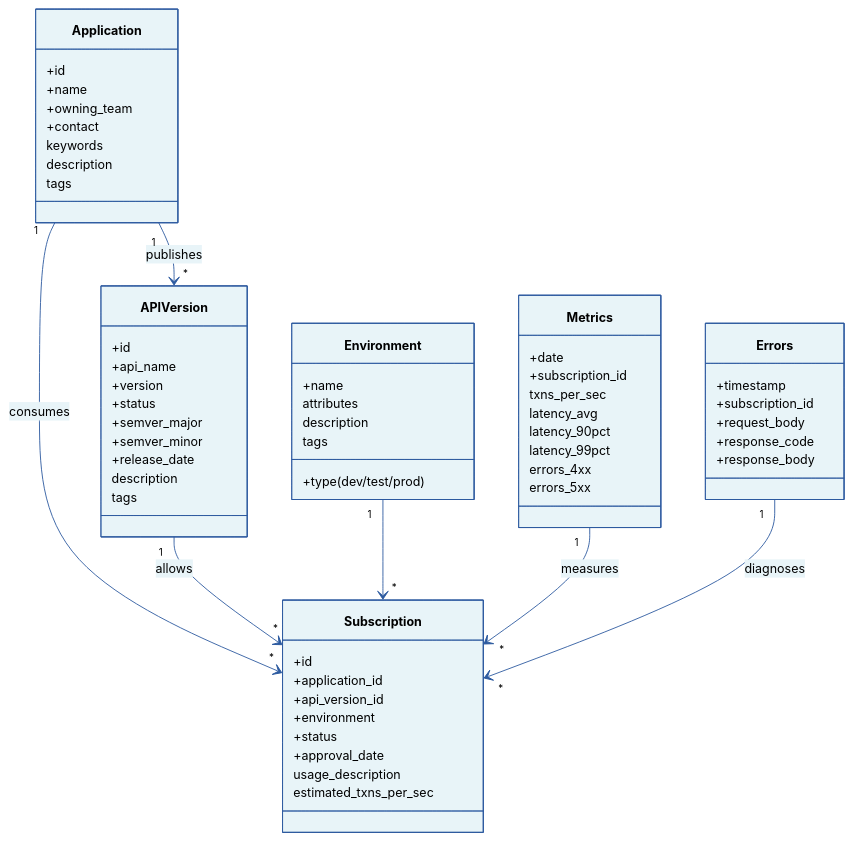
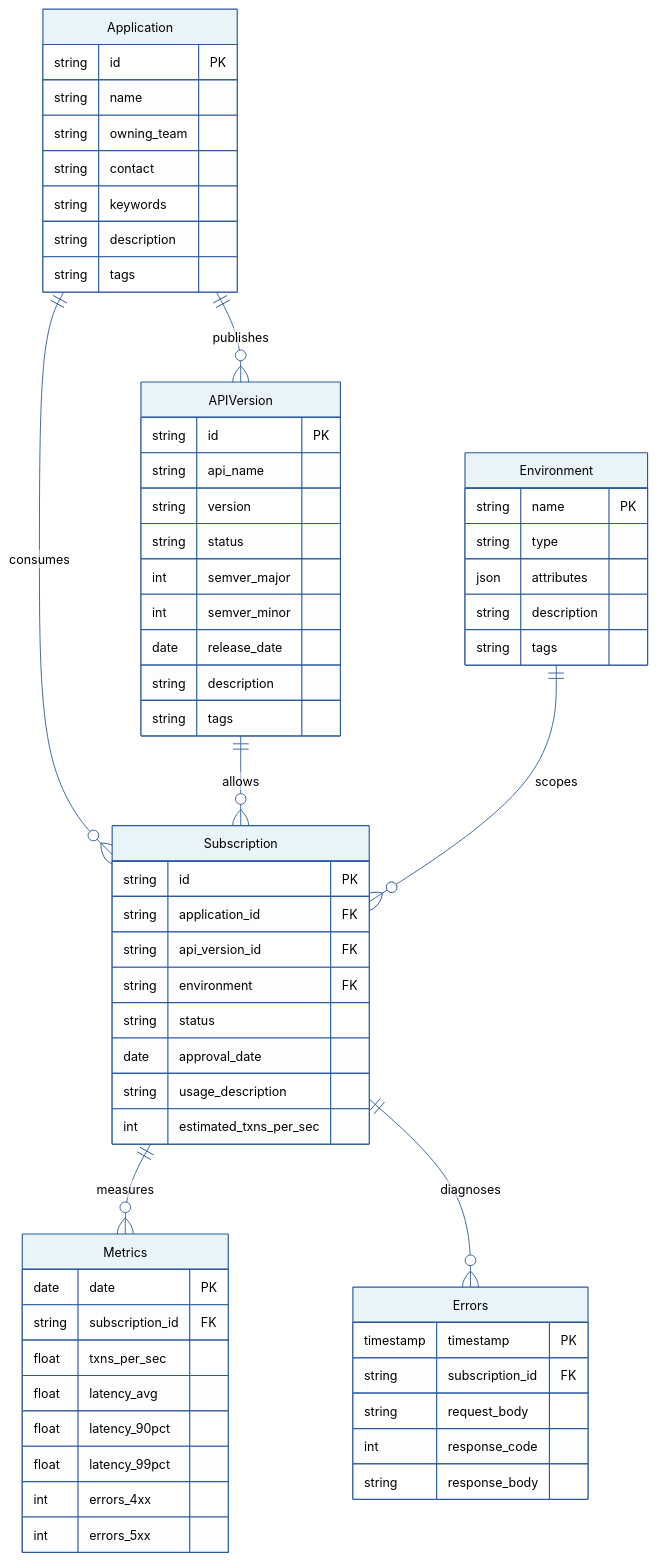
One commit to barbecuesteve/api-governance changed the second of 9 diagrams in technical-design.md. Above: the diagram before and after it, drawn with Mermaid. The commit also changed other lines of this file, not shown here.

Commit message:
diagram corrections

````diff
--- a/technical-design.md
+++ b/technical-design.md
@@ -76,70 +76,70 @@
-<pre class="mermaid">
+```mermaid
 %%{init: {'theme':'base', 'themeVariables': { 'primaryColor':'#e8f4f8','primaryTextColor':'#000','primaryBorderColor':'#2c5aa0','lineColor':'#2c5aa0','secondaryColor':'#f0f0f0','tertiaryColor':'#fff','edgeLabelBackground':'#ffffff','fontSize':'14px'}}}%%
-classDiagram
-    class Application {
-        +id
-        +name
-        +owning_team
-        +contact
-        keywords
-        description
-        tags
+erDiagram
+    Application ||--o{ Subscription : "consumes"
+    APIVersion ||--o{ Subscription : "allows"
+    Application ||--o{ APIVersion : "publishes"
+    Environment ||--o{ Subscription : "scopes"
+    Subscription ||--o{ Metrics : "measures"
+    Subscription ||--o{ Errors : "diagnoses"
+
+    Application {
+        string id PK
+        string name
+        string owning_team
+        string contact
+        string keywords
+        string description
+        string tags
     }
 
-    class APIVersion {
-        +id
-        +api_name
-        +version
-        +status
-        +semver_major
-        +semver_minor
-        +release_date
-        description
-        tags
+    APIVersion {
+        string id PK
+        string api_name
+        string version
+        string status
+        int semver_major
+        int semver_minor
+        date release_date
+        string description
+        string tags
     }
 
-    class Environment {
-        +name
-        +type(dev/test/prod)
-        attributes
-        description
-        tags
+    Environment {
+        string name PK
+        string type
+        json attributes
+        string description
+        string tags
     }
 
-    class Subscription {
-        +id
-        +application_id
-        +api_version_id
-        +environment
-        +status
-        +approval_date
-        usage_description
-        estimated_txns_per_sec
+    Subscription {
+        string id PK
+        string application_id FK
+        string api_version_id FK
+        string environment FK
+        string status
+        date approval_date
+        string usage_description
+        int estimated_txns_per_sec
     }
 
-    class Metrics {
-        +date
-        +subscription_id
-        txns_per_sec
-        latency_avg
-        latency_90pct
-        latency_99pct
-        errors_4xx
-        errors_5xx
+    Metrics {
+        date date PK
+        string subscription_id FK
+        float txns_per_sec
+        float latency_avg
+        float latency_90pct
+        float latency_99pct
+        int errors_4xx
+        int errors_5xx
     }
 
-    class Errors {
-        +timestamp
-        +subscription_id
-        +request_body
-        +response_code
-        +response_body
+    Errors {
+        timestamp timestamp PK
+        string subscription_id FK
+        string request_body
+        int response_code
+        string response_body
     }
-
-    Application "1" --> "*" Subscription : consumes
-    APIVersion "1" --> "*" Subscription : allows
-    Application "1" --> "*" APIVersion : publishes
-    Environment "1" --> "*" Subscription 
-    Metrics "1" --> "*" Subscription : measures
-    Errors "1" --> "*" Subscription : diagnoses
-</pre>
+```
````
